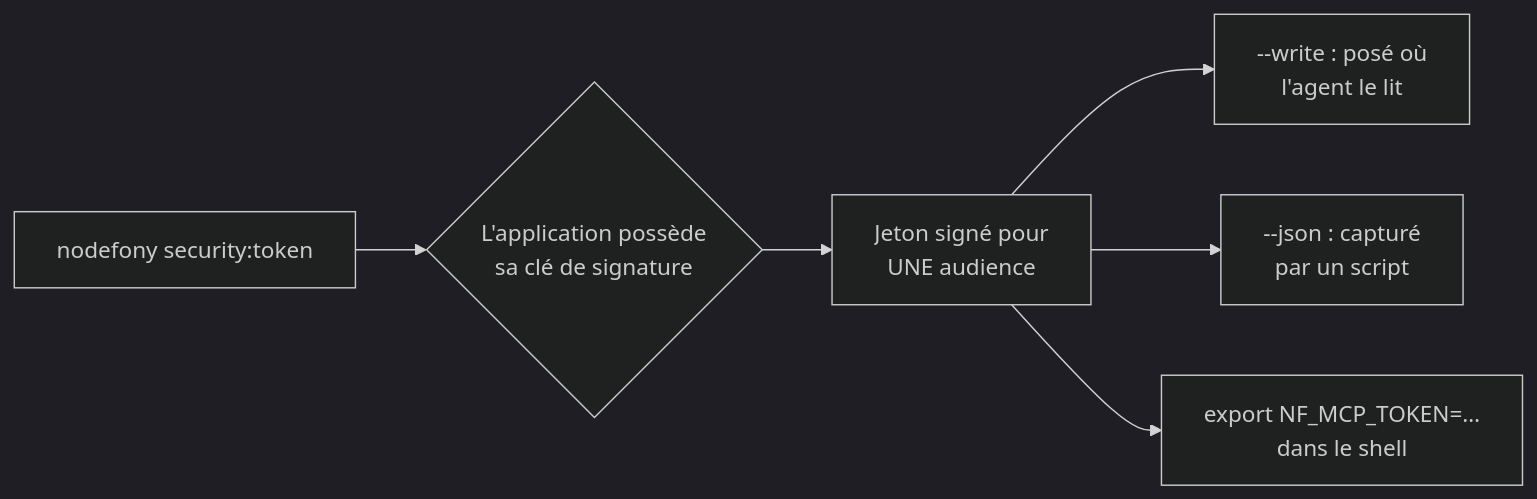
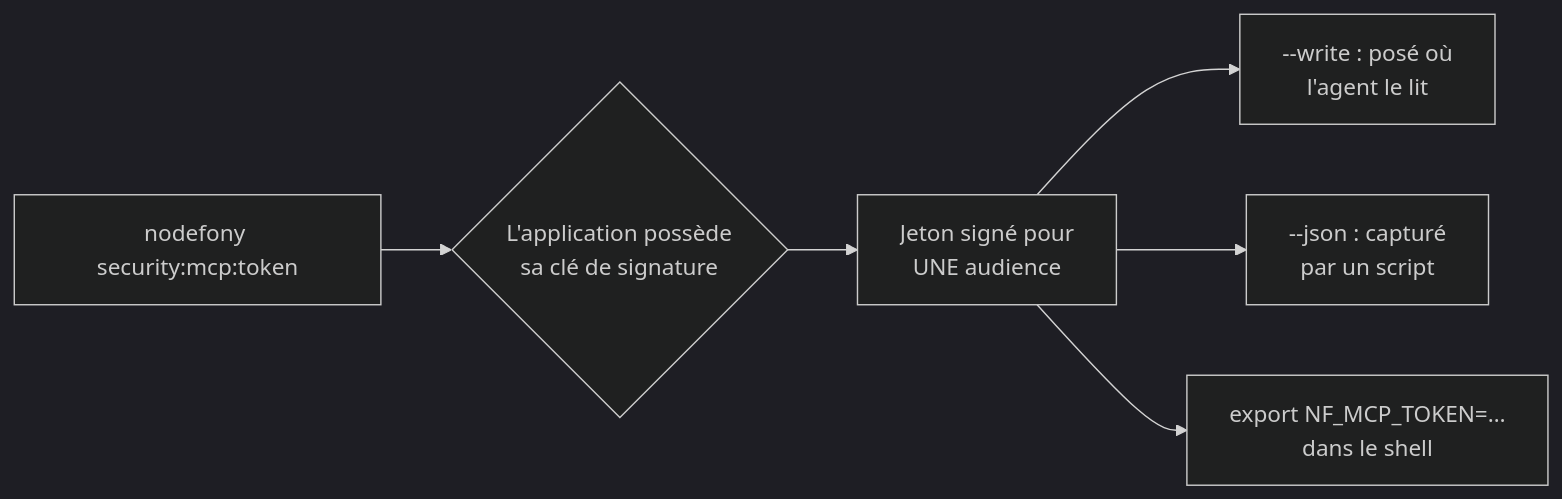
Before and after one commit to nodefony/nodefony-core: the diagram in src/packages/@nodefony/security/docs/obtenir-un-jeton.md, drawn with Mermaid (dark theme). The commit also changed other lines of this file and 42 other files, not shown here.

First line of the commit message:
feat(security)!: renommer security:token en security:mcp:token

````diff
--- a/src/packages/@nodefony/security/docs/obtenir-un-jeton.md
+++ b/src/packages/@nodefony/security/docs/obtenir-un-jeton.md
@@ -44,8 +44,8 @@
 ```mermaid
 flowchart LR
-  A["nodefony security:token"] --> B{"L'application possède<br/>sa clé de signature"}
+  A["nodefony security:mcp:token"] --> B{"L'application possède<br/>sa clé de signature"}
   B --> C["Jeton signé pour<br/>UNE audience"]
   C --> D["--write : posé où<br/>l'agent le lit"]
   C --> E["--json : capturé<br/>par un script"]
   C --> F["export NF_MCP_TOKEN=…<br/>dans le shell"]
 ```
````
